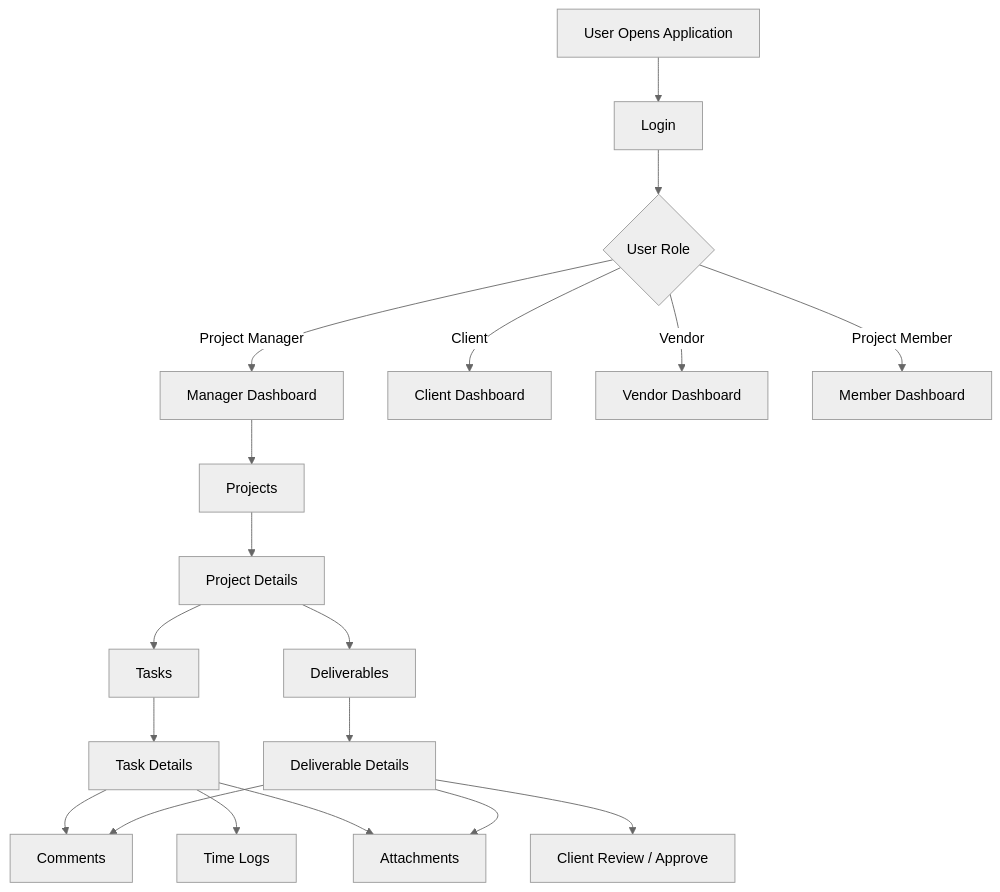
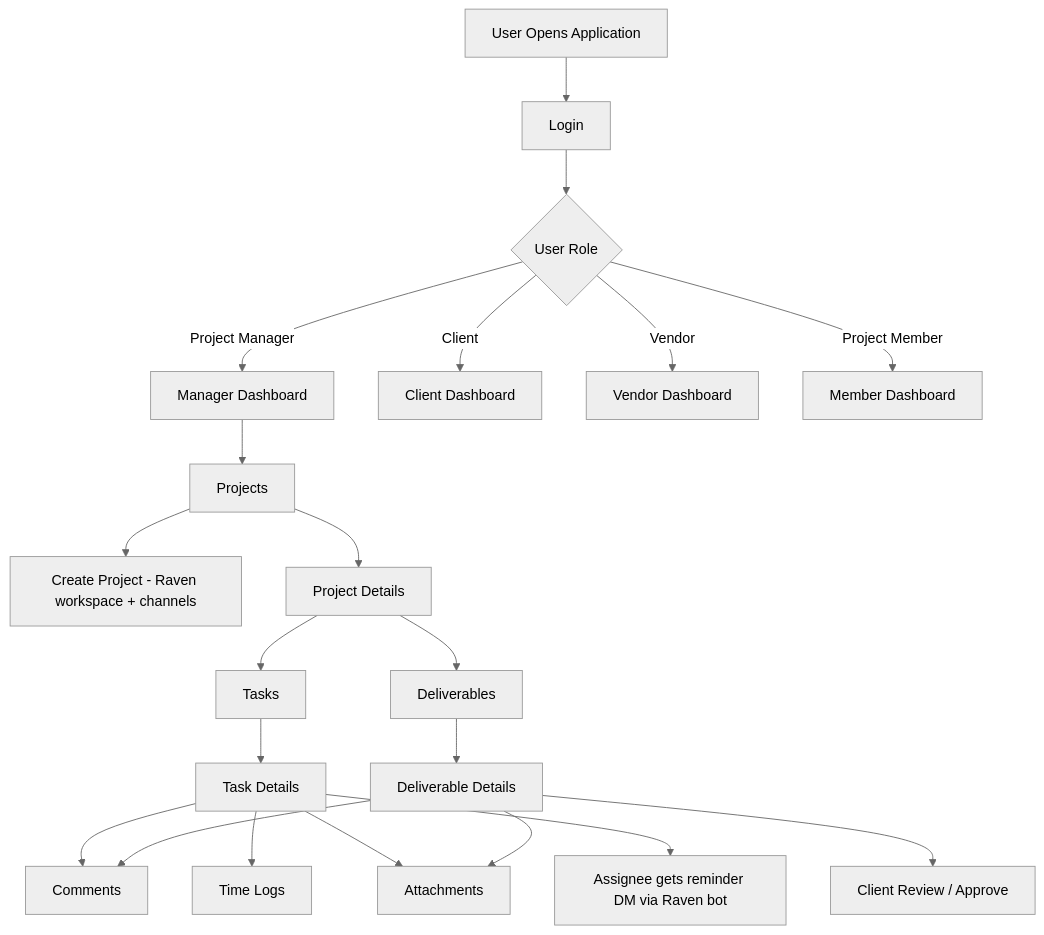
One commit to parasgogia-del/project_management changed the tenth of 10 diagrams in frontend/README.md. Above: the diagram before and after it, drawn with Mermaid (neutral theme). The commit also changed other lines of this file, not shown here.

````diff
--- a/frontend/README.md
+++ b/frontend/README.md
@@ -446,26 +455,28 @@
 ```mermaid
 flowchart TD
     A[User Opens Application] --> B[Login]
     B --> C{User Role}
 
     C -->|Project Manager| D[Manager Dashboard]
     C -->|Client| E[Client Dashboard]
     C -->|Vendor| F[Vendor Dashboard]
     C -->|Project Member| G[Member Dashboard]
 
     D --> H[Projects]
+    H --> H1[Create Project - Raven workspace + channels]
     H --> I[Project Details]
     I --> J[Tasks]
     I --> K[Deliverables]
 
     J --> L[Task Details]
     K --> M[Deliverable Details]
 
     L --> N[Comments]
     L --> O[Time Logs]
     L --> P[Attachments]
+    L --> R[Assignee gets reminder DM via Raven bot]
 
     M --> N
     M --> P
     M --> Q[Client Review / Approve]
 ```
````
